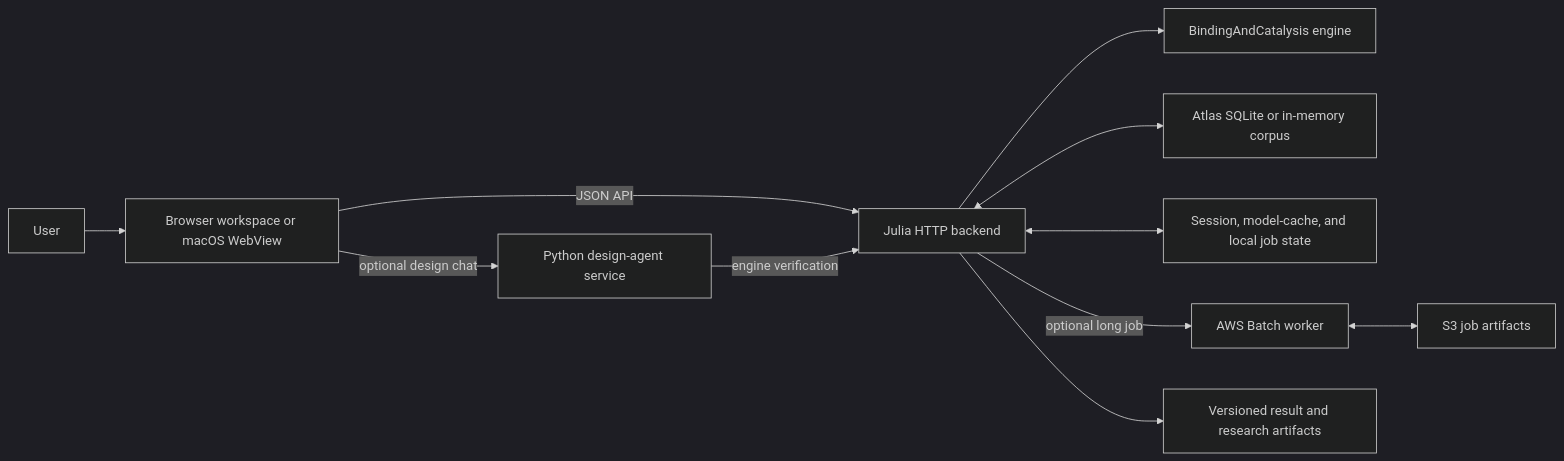
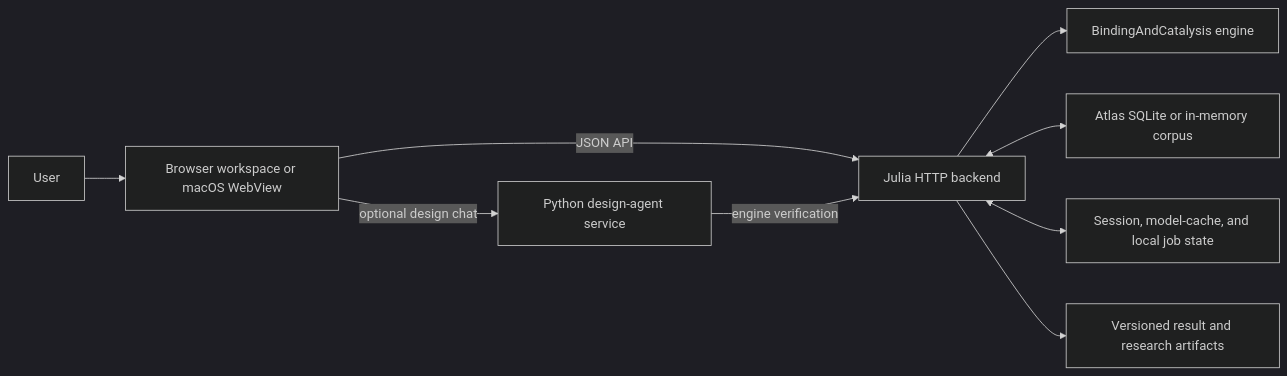
The diagram in knowledge/architecture/overview.md (YanzhangJiang/Biocircuits-Explorer), drawn with Mermaid (dark theme) before and after one commit. The commit also changed other lines of this file and 10 other files, not shown here.

````diff
--- a/knowledge/architecture/overview.md
+++ b/knowledge/architecture/overview.md
@@ -34,13 +34,11 @@
 ```mermaid
 flowchart LR
     U["User"] --> W["Browser workspace or macOS WebView"]
     W -->|"JSON API"| J["Julia HTTP backend"]
     W -->|"optional design chat"| P["Python design-agent service"]
     P -->|"engine verification"| J
     J --> E["BindingAndCatalysis engine"]
     J <--> A["Atlas SQLite or in-memory corpus"]
     J <--> S["Session, model-cache, and local job state"]
-    J -->|"optional long job"| B["AWS Batch worker"]
-    B <--> O["S3 job artifacts"]
     J --> R["Versioned result and research artifacts"]
 ```
````
